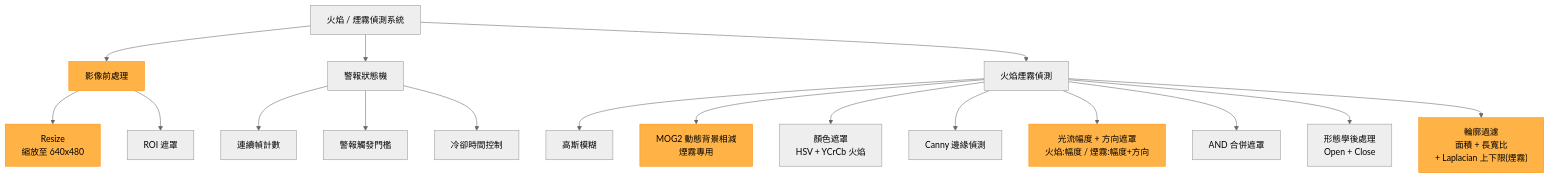
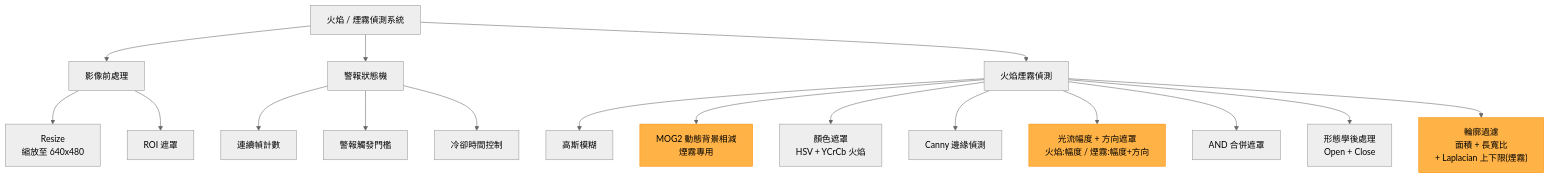
The second of 4 diagrams in README.md (Ningchuan888/image_recognition_fire), drawn with Mermaid (neutral theme) before and after one commit.

````diff
--- a/README.md
+++ b/README.md
@@ -69,32 +69,31 @@
 ```mermaid
 graph TD
     ROOT["火焰 / 煙霧偵測系統"]
 
     ROOT --> PRE["影像前處理"]
     ROOT --> ALARM["警報狀態機"]
     ROOT --> DET["火焰煙霧偵測"]
 
     PRE --> P1["Resize\n縮放至 640x480"]
     PRE --> P2["ROI 遮罩"]
 
     ALARM --> A1["連續幀計數"]
     ALARM --> A2["警報觸發門檻"]
     ALARM --> A3["冷卻時間控制"]
 
     DET --> D1["高斯模糊"]
     DET --> D2["MOG2 動態背景相減\n煙霧專用"]
     DET --> D3["顏色遮罩\nHSV + YCrCb 火焰"]
     DET --> D4["Canny 邊緣偵測"]
     DET --> D5["光流幅度 + 方向遮罩\n火焰:幅度 / 煙霧:幅度+方向"]
     DET --> D6["AND 合併遮罩"]
     DET --> D7["形態學後處理\nOpen + Close"]
     DET --> D8["輪廓過濾\n面積 + 長寬比\n+ Laplacian 上下限(煙霧)"]
 
 
-style PRE fill:#FFB347,stroke:#FF8C00,color:#000
-style P1 fill:#FFB347,stroke:#FF8C00,color:#000
+
 style D2 fill:#FFB347,stroke:#FF8C00,color:#000
 style D5 fill:#FFB347,stroke:#FF8C00,color:#000
 style D8 fill:#FFB347,stroke:#FF8C00,color:#000
 
 ```
````
